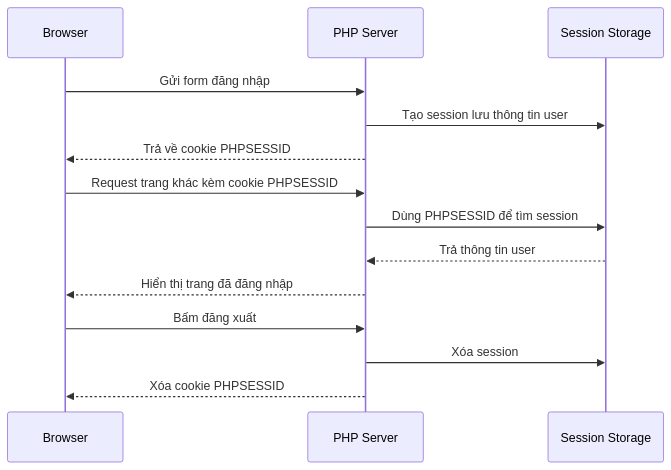
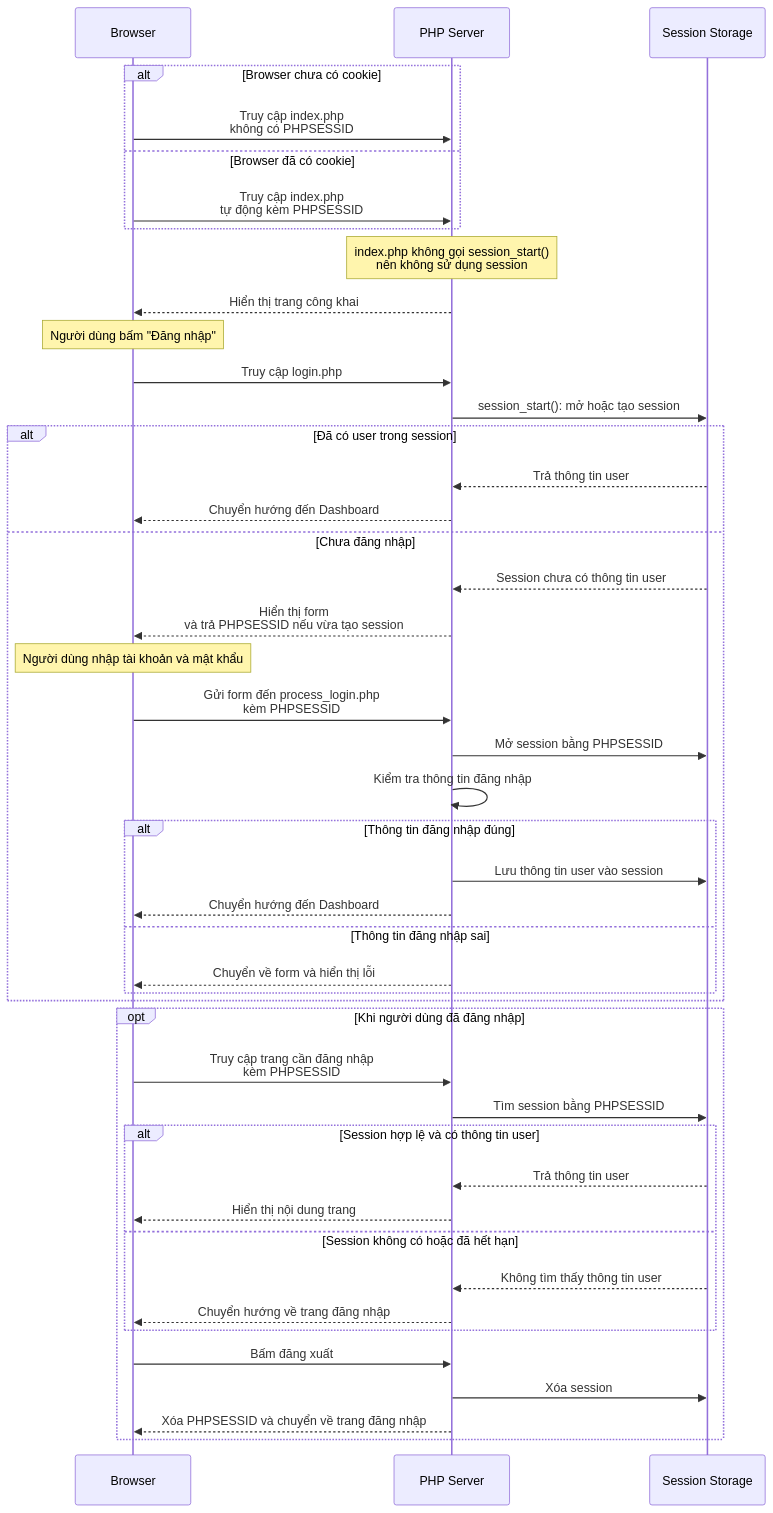
The diagram in README.md (yopaz-khainh/cookies-session), drawn with Mermaid before and after one commit.

Commit message:
update diagrams

````diff
--- a/README.md
+++ b/README.md
@@ -29,17 +29,56 @@
 ```mermaid
 sequenceDiagram
     participant B as Browser
     participant S as PHP Server
     participant SS as Session Storage
 
-    B->>S: Gửi form đăng nhập
-    S->>SS: Tạo session lưu thông tin user
-    S-->>B: Trả về cookie PHPSESSID
-    B->>S: Request trang khác kèm cookie PHPSESSID
-    S->>SS: Dùng PHPSESSID để tìm session
-    SS-->>S: Trả thông tin user
-    S-->>B: Hiển thị trang đã đăng nhập
-    B->>S: Bấm đăng xuất
-    S->>SS: Xóa session
-    S-->>B: Xóa cookie PHPSESSID
+    alt Browser chưa có cookie
+        B->>S: Truy cập index.php<br/>không có PHPSESSID
+    else Browser đã có cookie
+        B->>S: Truy cập index.php<br/>tự động kèm PHPSESSID
+    end
+
+    Note over S: index.php không gọi session_start()<br/>nên không sử dụng session
+    S-->>B: Hiển thị trang công khai
+    Note over B: Người dùng bấm "Đăng nhập"
+
+    B->>S: Truy cập login.php
+    S->>SS: session_start(): mở hoặc tạo session
+
+    alt Đã có user trong session
+        SS-->>S: Trả thông tin user
+        S-->>B: Chuyển hướng đến Dashboard
+    else Chưa đăng nhập
+        SS-->>S: Session chưa có thông tin user
+        S-->>B: Hiển thị form<br/>và trả PHPSESSID nếu vừa tạo session
+        Note over B: Người dùng nhập tài khoản và mật khẩu
+
+        B->>S: Gửi form đến process_login.php<br/>kèm PHPSESSID
+        S->>SS: Mở session bằng PHPSESSID
+        S->>S: Kiểm tra thông tin đăng nhập
+
+        alt Thông tin đăng nhập đúng
+            S->>SS: Lưu thông tin user vào session
+            S-->>B: Chuyển hướng đến Dashboard
+        else Thông tin đăng nhập sai
+            S-->>B: Chuyển về form và hiển thị lỗi
+        end
+    end
+
+    opt Khi người dùng đã đăng nhập
+        B->>S: Truy cập trang cần đăng nhập<br/>kèm PHPSESSID
+        S->>SS: Tìm session bằng PHPSESSID
+
+        alt Session hợp lệ và có thông tin user
+            SS-->>S: Trả thông tin user
+            S-->>B: Hiển thị nội dung trang
+        else Session không có hoặc đã hết hạn
+            SS-->>S: Không tìm thấy thông tin user
+            S-->>B: Chuyển hướng về trang đăng nhập
+        end
+
+        B->>S: Bấm đăng xuất
+        S->>SS: Xóa session
+        S-->>B: Xóa PHPSESSID và chuyển về trang đăng nhập
+    end
 ```
````
